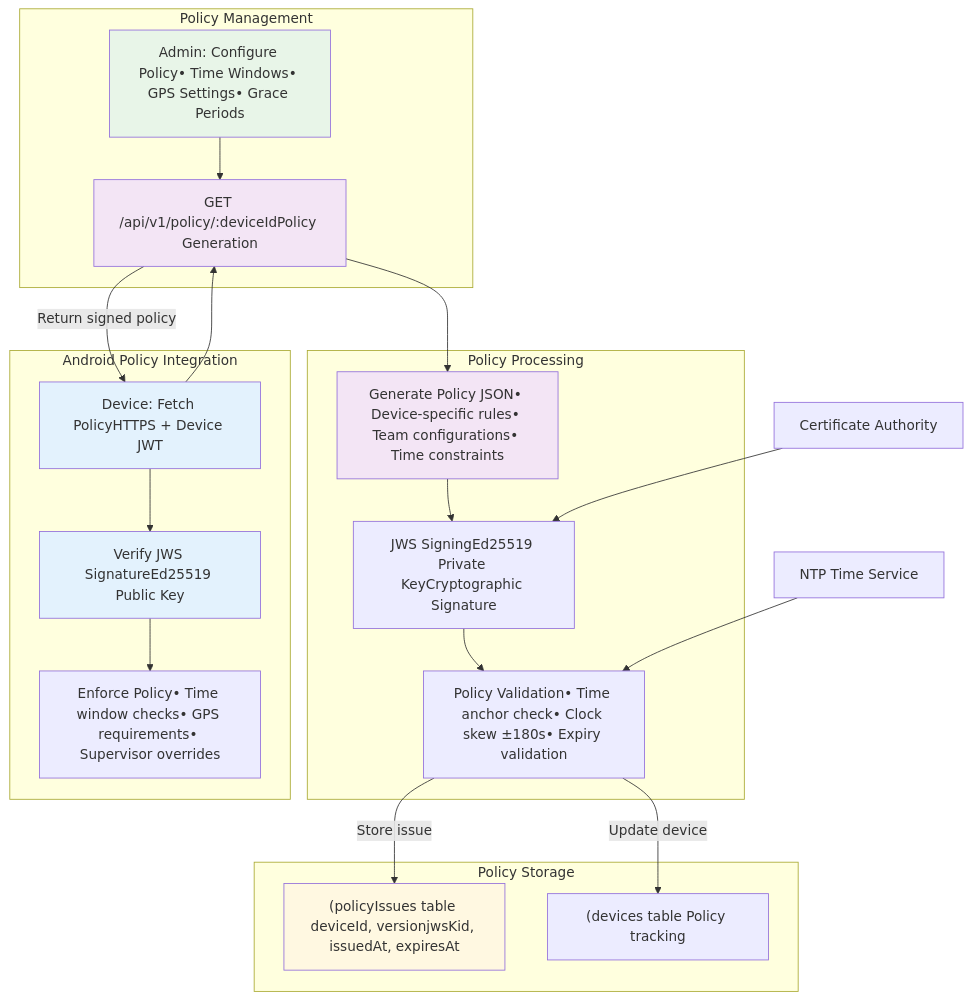
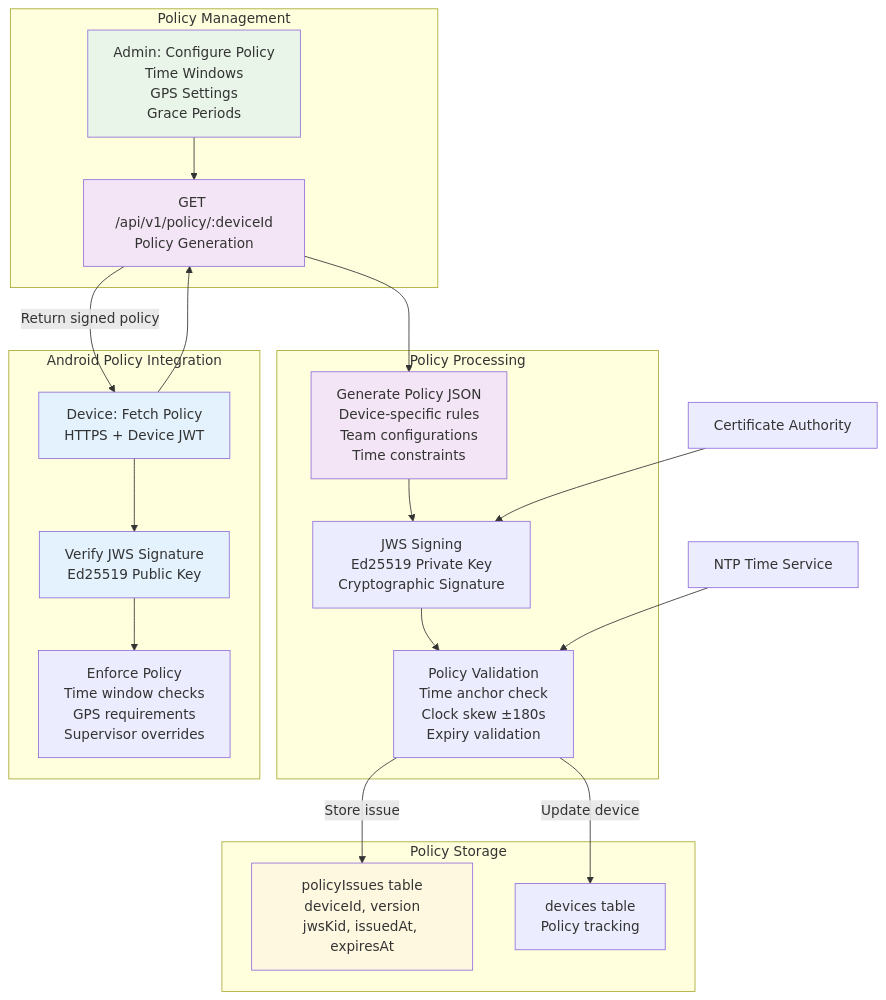
Before and after one commit to drguptavivek/launcher: the fourth of 7 diagrams in README.md, drawn with Mermaid. The commit also changed other lines of this file, not shown here.

Commit message:
Fixed mermaid formatting

````diff
--- a/README.md
+++ b/README.md
@@ -259,50 +259,49 @@
 ```mermaid
 flowchart TD
-    subgraph "Policy Configuration" [Policy Management]
-        AdminPolicy[Admin: Configure Policy• Time Windows• GPS Settings• Grace Periods]
-        PolicyAPI[GET /api/v1/policy/:deviceIdPolicy Generation]
+    subgraph "Policy Configuration" ["Policy Management"]
+        AdminPolicy["Admin: Configure Policy<br/>Time Windows<br/>GPS Settings<br/>Grace Periods"]
+        PolicyAPI["GET /api/v1/policy/:deviceId<br/>Policy Generation"]
     end
 
-    subgraph "Policy Service" [Policy Processing]
-        PolicyGen[Generate Policy JSON• Device-specific rules• Team configurations• Time constraints]
-        JWS_Sign[JWS SigningEd25519 Private KeyCryptographic Signature]
-        PolicyValidation[Policy Validation• Time anchor check• Clock skew ±180s• Expiry validation]
+    subgraph "Policy Service" ["Policy Processing"]
+        PolicyGen["Generate Policy JSON<br/>Device-specific rules<br/>Team configurations<br/>Time constraints"]
+        JWS_Sign["JWS Signing<br/>Ed25519 Private Key<br/>Cryptographic Signature"]
+        PolicyValidation["Policy Validation<br/>Time anchor check<br/>Clock skew ±180s<br/>Expiry validation"]
     end
 
-    subgraph "Device Integration" [Android Policy Integration]
-        PolicyFetch[Device: Fetch PolicyHTTPS + Device JWT]
-        PolicyVerify[Verify JWS SignatureEd25519 Public Key]
-        PolicyEnforce[Enforce Policy• Time window checks• GPS requirements• Supervisor overrides]
+    subgraph "Device Integration" ["Android Policy Integration"]
+        PolicyFetch["Device: Fetch Policy<br/>HTTPS + Device JWT"]
+        PolicyVerify["Verify JWS Signature<br/>Ed25519 Public Key"]
+        PolicyEnforce["Enforce Policy<br/>Time window checks<br/>GPS requirements<br/>Supervisor overrides"]
     end
 
-    subgraph "Database" [Policy Storage]
-        PolicyTable["(policyIssues table deviceId, versionjwsKid, issuedAt, expiresAt"]
-        DeviceTable["(devices table Policy tracking"
-        ]
+    subgraph "Database" ["Policy Storage"]
+        PolicyTable["policyIssues table<br/>deviceId, version<br/>jwsKid, issuedAt, expiresAt"]
+        DeviceTable["devices table<br/>Policy tracking"]
     end
 
     %% Policy Flow
     AdminPolicy --> PolicyAPI
     PolicyAPI --> PolicyGen
     PolicyGen --> JWS_Sign
     JWS_Sign --> PolicyValidation
-    PolicyValidation --> |Store issue| PolicyTable
-    PolicyValidation --> |Update device| DeviceTable
+    PolicyValidation --> |"Store issue"| PolicyTable
+    PolicyValidation --> |"Update device"| DeviceTable
 
     %% Device Flow
     PolicyFetch --> PolicyAPI
-    PolicyAPI --> |Return signed policy| PolicyFetch
+    PolicyAPI --> |"Return signed policy"| PolicyFetch
     PolicyFetch --> PolicyVerify
     PolicyVerify --> PolicyEnforce
 
     %% External Services
-    TimeService[NTP Time Service] --> PolicyValidation
-    CertAuth[Certificate Authority] --> JWS_Sign
+    TimeService["NTP Time Service"] --> PolicyValidation
+    CertAuth["Certificate Authority"] --> JWS_Sign
 
     style AdminPolicy fill:#e8f5e8
     style PolicyAPI fill:#f3e5f5
     style PolicyGen fill:#f3e5f5
     style PolicyFetch fill:#e3f2fd
     style PolicyVerify fill:#e3f2fd
     style PolicyTable fill:#fff8e1
 ```
````
